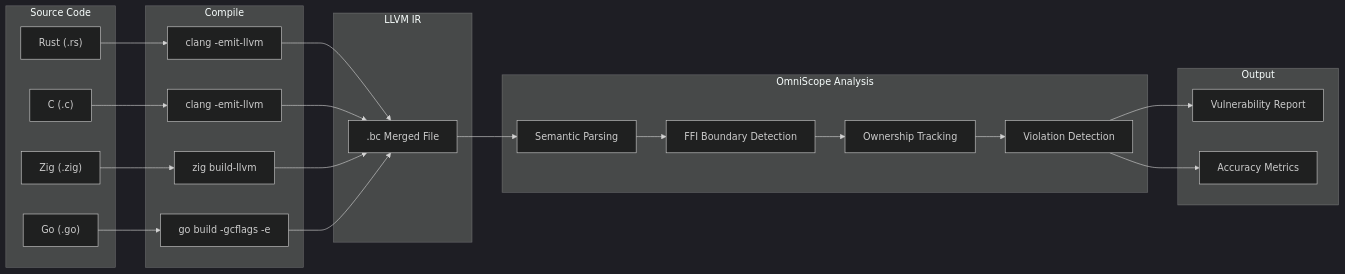
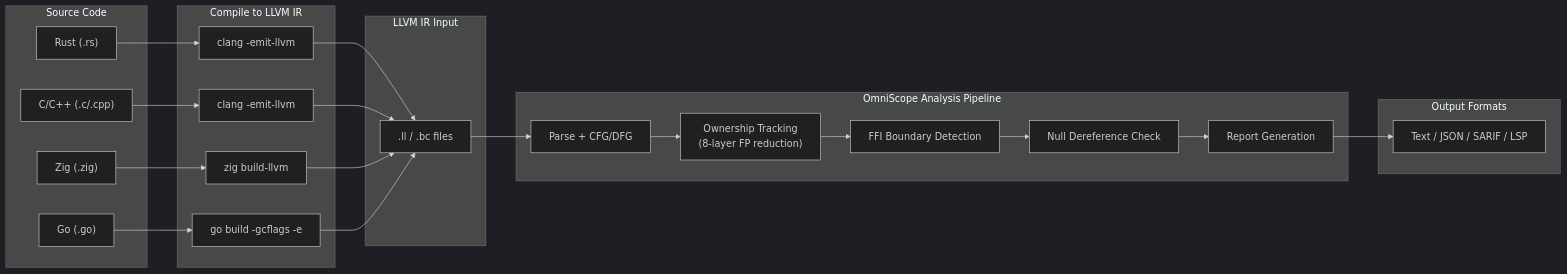
One commit to Timwood0x10/OmniScope changed the second of 2 diagrams in README.md. Above: the diagram before and after it, drawn with Mermaid (dark theme). The commit also changed other lines of this file and 5 other files, not shown here.

````diff
--- a/README.md
+++ b/README.md
@@ -165,44 +79,39 @@
 ```mermaid
 flowchart LR
     subgraph Source["Source Code"]
         Rust["Rust (.rs)"]
-        C["C (.c)"]
+        Cpp["C/C++ (.c/.cpp)"]
         Zig["Zig (.zig)"]
         Go["Go (.go)"]
     end
 
-    subgraph Compile["Compile"]
+    subgraph Compile["Compile to LLVM IR"]
         LLVMRust["clang -emit-llvm"]
         LLVMC["clang -emit-llvm"]
         LLVMZig["zig build-llvm"]
         LLVMGo["go build -gcflags -e"]
     end
 
-    subgraph IR["LLVM IR"]
-        BC[".bc Merged File"]
+    subgraph IR["LLVM IR Input"]
+        BC[".ll / .bc files"]
     end
 
-    subgraph Analysis["OmniScope Analysis"]
-        Parse["Semantic Parsing"]
-        Detect["FFI Boundary Detection"]
-        Track["Ownership Tracking"]
-        Check["Violation Detection"]
+    subgraph OmniScope["OmniScope Analysis Pipeline"]
+        Parse["Parse + CFG/DFG"]
+        Own["Ownership Tracking<br/>(8-layer FP reduction)"]
+        FFI2["FFI Boundary Detection"]
+        Null2["Null Dereference Check"]
+        Report["Report Generation"]
     end
 
-    subgraph Result["Output"]
-        Report["Vulnerability Report"]
-        Metrics["Accuracy Metrics"]
+    subgraph Output2["Output Formats"]
+        CLI2["Text / JSON / SARIF / LSP"]
     end
 
     Rust --> LLVMRust
-    C --> LLVMC
+    Cpp --> LLVMC
     Zig --> LLVMZig
     Go --> LLVMGo
     LLVMRust & LLVMC & LLVMZig & LLVMGo --> BC
-    BC --> Parse
-    Parse --> Detect
-    Detect --> Track
-    Track --> Check
-    Check --> Report
-    Check --> Metrics
+    BC --> Parse --> Own --> FFI2 --> Null2 --> Report --> CLI2
 ```
````
